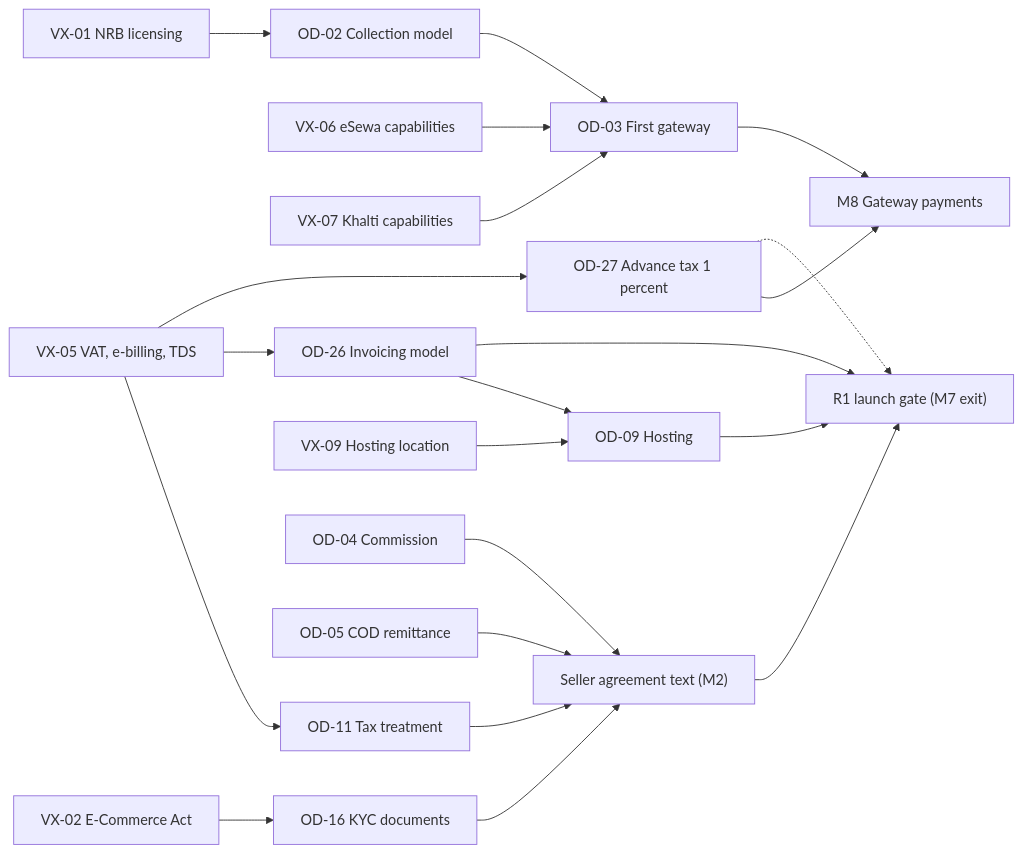
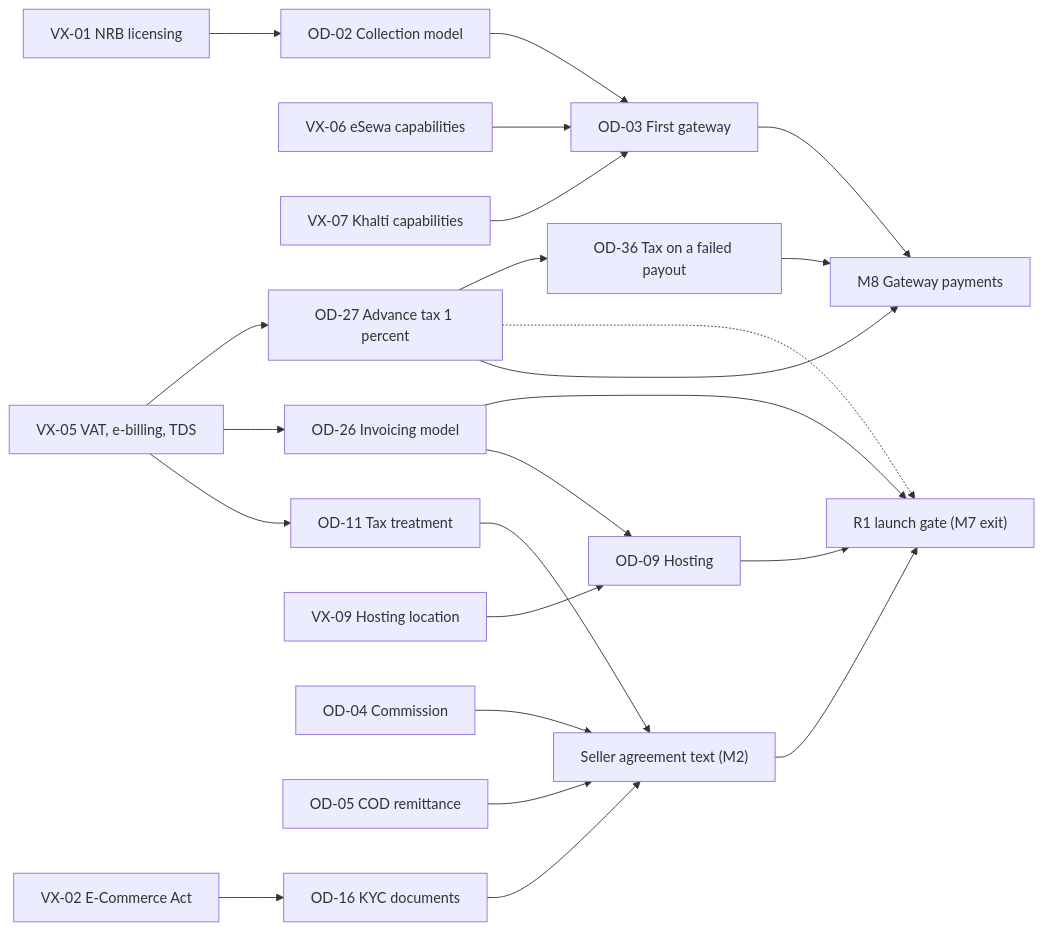
Before and after one commit to harublank0-0/drip-nepal: the diagram in docs/risks-and-open-decisions.md, drawn with Mermaid. The commit also changed other lines of this file and 24 other files, not shown here.

````diff
--- a/docs/risks-and-open-decisions.md
+++ b/docs/risks-and-open-decisions.md
@@ -137,23 +137,25 @@
 ```mermaid
 flowchart LR
     VX01["VX-01 NRB licensing"] --> OD02["OD-02 Collection model"]
     OD02 --> OD03["OD-03 First gateway"]
     VX06["VX-06 eSewa capabilities"] --> OD03
     VX07["VX-07 Khalti capabilities"] --> OD03
     OD03 --> M8["M8 Gateway payments"]
     VX05["VX-05 VAT, e-billing, TDS"] --> OD11["OD-11 Tax treatment"]
     VX05 --> OD26["OD-26 Invoicing model"]
     VX05 --> OD27["OD-27 Advance tax 1 percent"]
     VX09["VX-09 Hosting location"] --> OD09["OD-09 Hosting"]
     OD26 --> OD09
     OD11 --> AGR["Seller agreement text (M2)"]
     OD04["OD-04 Commission"] --> AGR
     OD05["OD-05 COD remittance"] --> AGR
     VX02["VX-02 E-Commerce Act"] --> OD16["OD-16 KYC documents"]
     OD16 --> AGR
     AGR --> LAUNCH["R1 launch gate (M7 exit)"]
     OD09 --> LAUNCH
     OD26 --> LAUNCH
     OD27 --> M8
     OD27 -.-> LAUNCH
+    OD27 --> OD36["OD-36 Tax on a failed payout"]
+    OD36 --> M8
 ```
````
